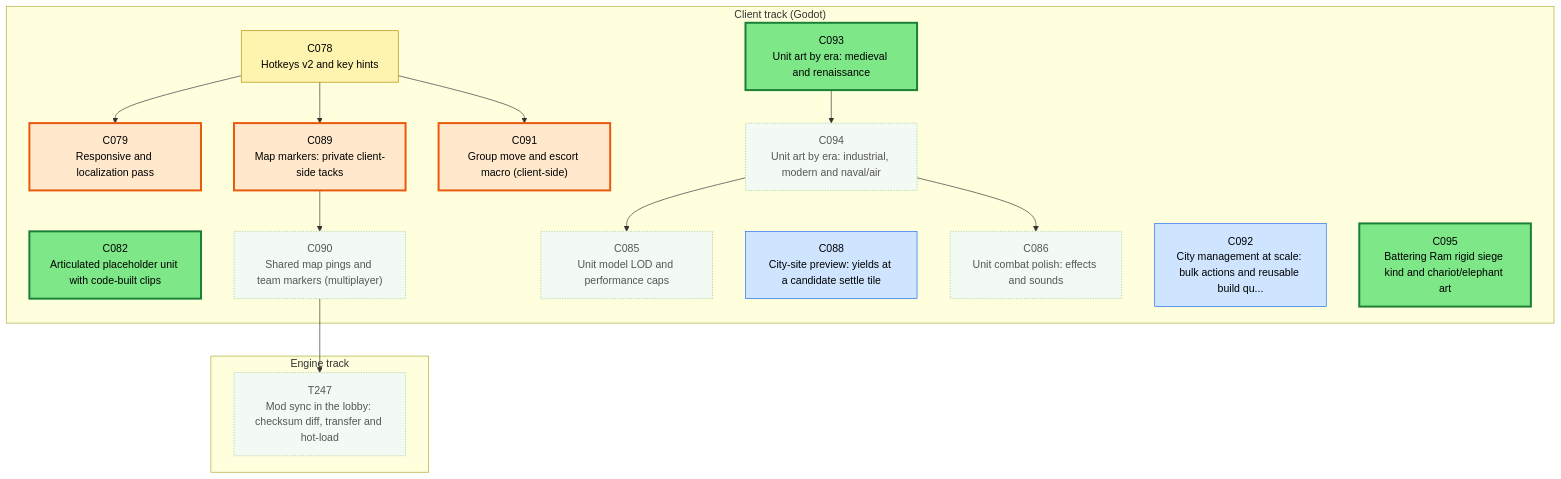
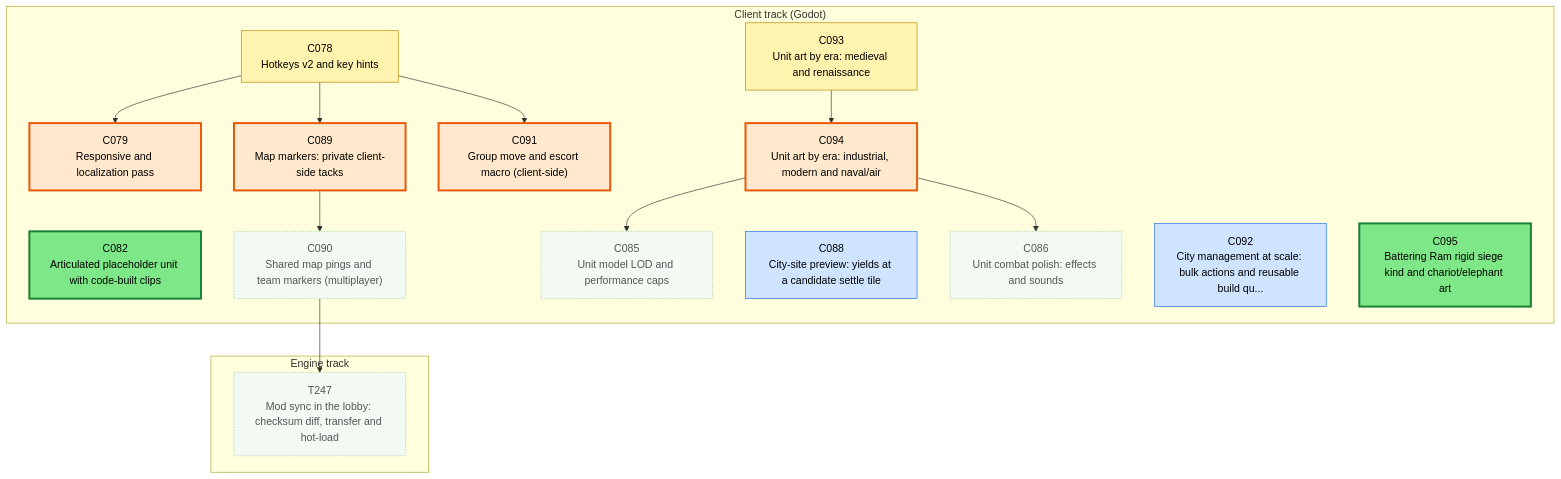
Before and after one commit to Kenmura/Unciv: the first of 3 diagrams in csharp/migration/DEPENDENCY_MAP.md, drawn with Mermaid. The commit also changed other lines of this file and 1 other file, not shown here.

````diff
--- a/csharp/migration/DEPENDENCY_MAP.md
+++ b/csharp/migration/DEPENDENCY_MAP.md
@@ -25,50 +25,50 @@
 ```mermaid
 flowchart TD
   subgraph TTRACK["Engine track"]
     T247["T247<br/>Mod sync in the lobby: checksum diff, transfer and hot-load"]
   end
   subgraph CTRACK["Client track (Godot)"]
     C078["C078<br/>Hotkeys v2 and key hints"]
     C079["C079<br/>Responsive and localization pass"]
     C082["C082<br/>Articulated placeholder unit with code-built clips"]
     C085["C085<br/>Unit model LOD and performance caps"]
     C086["C086<br/>Unit combat polish: effects and sounds"]
     C088["C088<br/>City-site preview: yields at a candidate settle tile"]
     C089["C089<br/>Map markers: private client-side tacks"]
     C090["C090<br/>Shared map pings and team markers (multiplayer)"]
     C091["C091<br/>Group move and escort macro (client-side)"]
     C092["C092<br/>City management at scale: bulk actions and reusable build qu..."]
     C093["C093<br/>Unit art by era: medieval and renaissance"]
     C094["C094<br/>Unit art by era: industrial, modern and naval/air"]
     C095["C095<br/>Battering Ram rigid siege kind and chariot/elephant art"]
   end
   C090 --> T247
   C078 --> C079
   C094 --> C085
   C094 --> C086
   C078 --> C089
   C089 --> C090
   C078 --> C091
   C093 --> C094
   classDef waiting fill:#f3faf3,stroke:#9bc49b,color:#555,stroke-dasharray:2 2
   classDef ondeck fill:#ffe8cc,stroke:#e8590c,stroke-width:3px,color:#000
   classDef ready fill:#7ee787,stroke:#1a7f37,stroke-width:3px,color:#000
   classDef prog fill:#fff3b0,stroke:#b58900,color:#000
   classDef review fill:#cfe4ff,stroke:#1f6feb,color:#000
   classDef blocked fill:#ffd6d6,stroke:#c62828,color:#000
   classDef done fill:#eeeeee,stroke:#999999,color:#666,stroke-dasharray:4 3
   class C078 prog
   class C079 ondeck
   class C082 ready
   class C085 waiting
   class C086 waiting
   class C088 review
   class C089 ondeck
   class C090 waiting
   class C091 ondeck
   class C092 review
-  class C093 ready
-  class C094 waiting
+  class C093 prog
+  class C094 ondeck
   class C095 ready
   class T247 waiting
 ```
````
